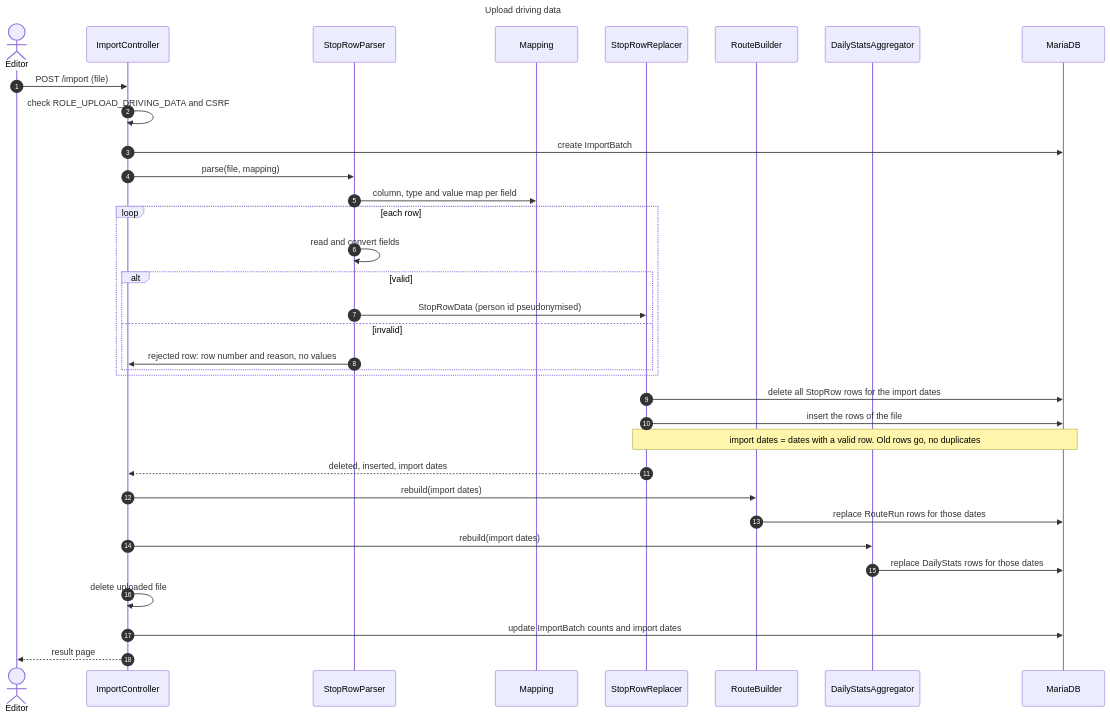
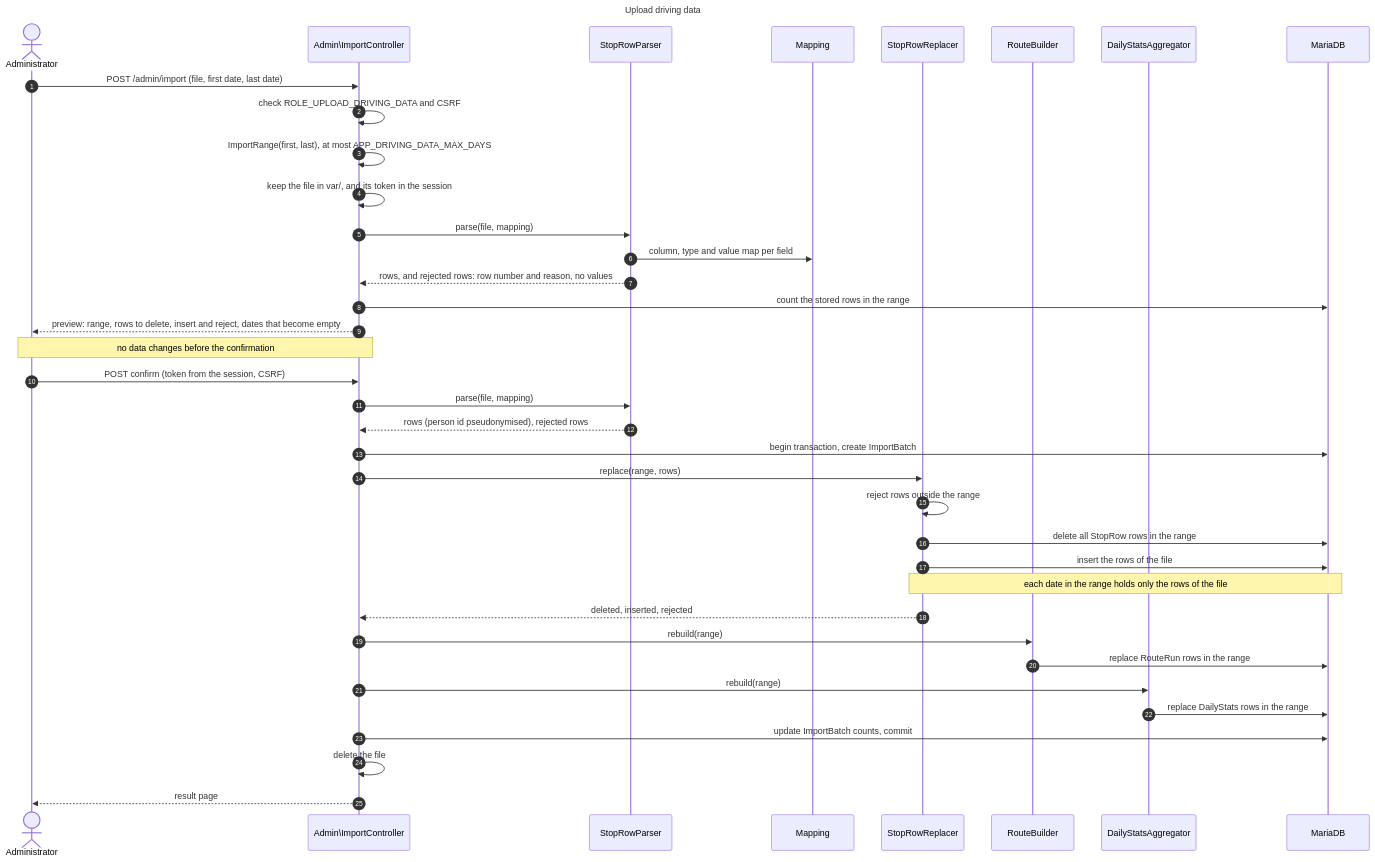
The diagram in docs/diagrams/upload-sequence.mmd (itk-dev/koerselsoverblik), drawn with Mermaid before and after one commit. The commit also changed 7 other files, not shown here.

First line of the commit message:
docs: update the context, components, data model and upload diagrams

```diff
--- a/docs/diagrams/upload-sequence.mmd
+++ b/docs/diagrams/upload-sequence.mmd
@@ -1,38 +1,42 @@
 ---
 title: Upload driving data
 ---
 sequenceDiagram
     autonumber
-    actor Editor
-    participant C as ImportController
+    actor Admin as Administrator
+    participant C as Admin\ImportController
     participant P as StopRowParser
     participant M as Mapping
     participant U as StopRowReplacer
     participant B as RouteBuilder
     participant A as DailyStatsAggregator
     participant DB as MariaDB
 
-    Editor->>C: POST /import (file)
+    Admin->>C: POST /admin/import (file, first date, last date)
     C->>C: check ROLE_UPLOAD_DRIVING_DATA and CSRF
-    C->>DB: create ImportBatch
+    C->>C: ImportRange(first, last), at most APP_DRIVING_DATA_MAX_DAYS
+    C->>C: keep the file in var/, and its token in the session
     C->>P: parse(file, mapping)
     P->>M: column, type and value map per field
-    loop each row
-        P->>P: read and convert fields
-        alt valid
-            P->>U: StopRowData (person id pseudonymised)
-        else invalid
-            P->>C: rejected row: row number and reason, no values
-        end
-    end
-    U->>DB: delete all StopRow rows for the import dates
+    P-->>C: rows, and rejected rows: row number and reason, no values
+    C->>DB: count the stored rows in the range
+    C-->>Admin: preview: range, rows to delete, insert and reject, dates that become empty
+    Note over Admin,C: no data changes before the confirmation
+
+    Admin->>C: POST confirm (token from the session, CSRF)
+    C->>P: parse(file, mapping)
+    P-->>C: rows (person id pseudonymised), rejected rows
+    C->>DB: begin transaction, create ImportBatch
+    C->>U: replace(range, rows)
+    U->>U: reject rows outside the range
+    U->>DB: delete all StopRow rows in the range
     U->>DB: insert the rows of the file
-    Note over U,DB: import dates = dates with a valid row. Old rows go, no duplicates
-    U-->>C: deleted, inserted, import dates
-    C->>B: rebuild(import dates)
-    B->>DB: replace RouteRun rows for those dates
-    C->>A: rebuild(import dates)
-    A->>DB: replace DailyStats rows for those dates
-    C->>C: delete uploaded file
-    C->>DB: update ImportBatch counts and import dates
-    C-->>Editor: result page
+    Note over U,DB: each date in the range holds only the rows of the file
+    U-->>C: deleted, inserted, rejected
+    C->>B: rebuild(range)
+    B->>DB: replace RouteRun rows in the range
+    C->>A: rebuild(range)
+    A->>DB: replace DailyStats rows in the range
+    C->>DB: update ImportBatch counts, commit
+    C->>C: delete the file
+    C-->>Admin: result page
```
